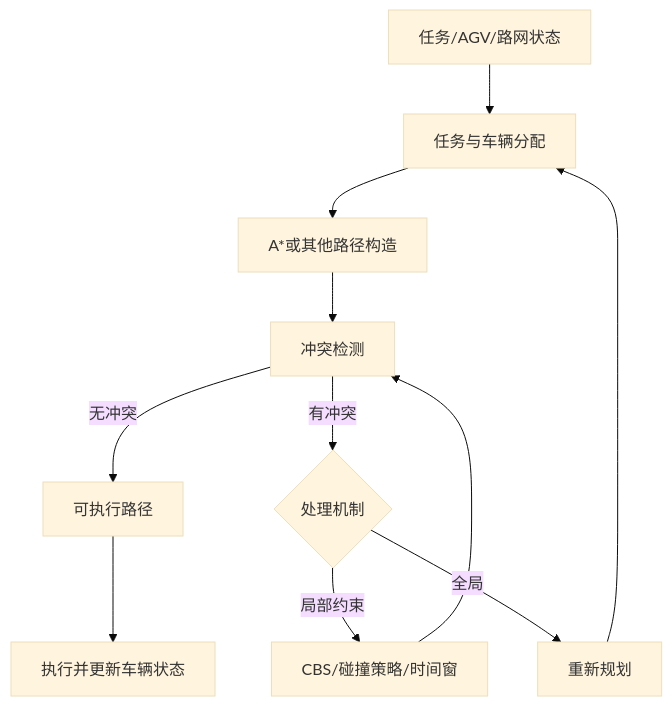
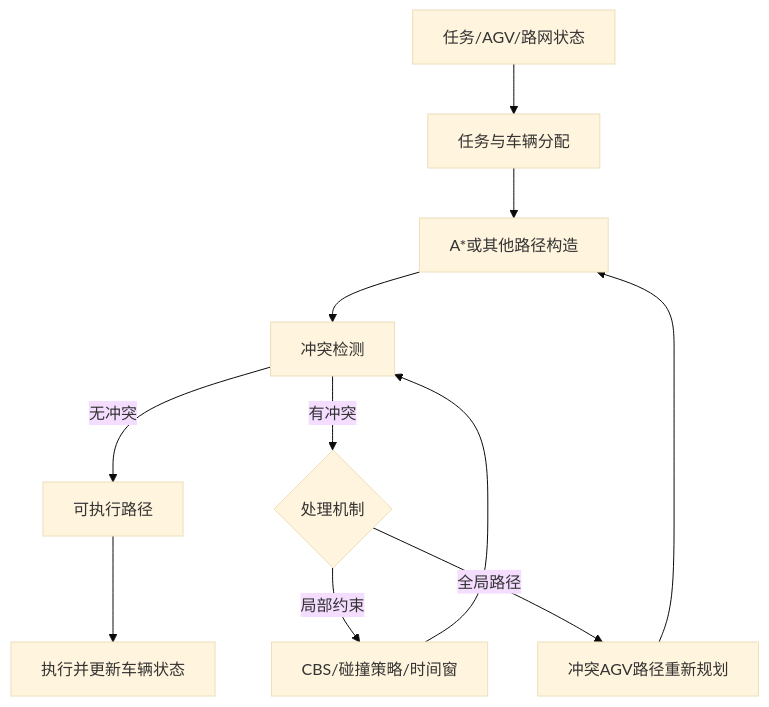
Before and after one commit to tianyueni78-cyber/paper: the fourth of 5 diagrams in 文献综述/03_算法机制/N5_方法流程图.md, drawn with Mermaid (base theme). The commit also changed other lines of this file and 4 other files, not shown here.

````diff
--- a/文献综述/03_算法机制/N5_方法流程图.md
+++ b/文献综述/03_算法机制/N5_方法流程图.md
@@ -102,13 +106,13 @@
 ```mermaid
 flowchart TD
     A[任务/AGV/路网状态] --> B[任务与车辆分配]
     B --> C[A*或其他路径构造]
     C --> D[冲突检测]
     D -->|无冲突| E[可执行路径]
     D -->|有冲突| F{处理机制}
     F -->|局部约束| G[CBS/碰撞策略/时间窗]
-    F -->|全局| H[重新规划]
+    F -->|全局路径| H[冲突AGV路径重新规划]
     G --> D
-    H --> B
+    H --> C
     E --> I[执行并更新车辆状态]
 ```
````
